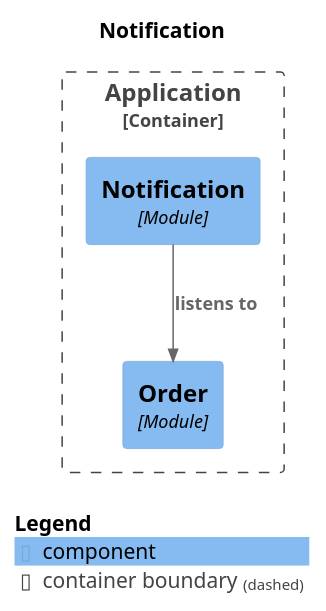
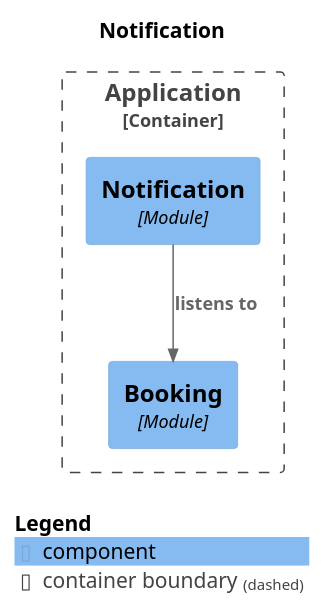
The diagram in documentation/module-notification.puml (Spring-Boot-Microservices-2024/project), drawn with PlantUML before and after one commit. The commit also changed 33 other files, not shown here.

```diff
--- a/documentation/module-notification.puml
+++ b/documentation/module-notification.puml
@@ -1,19 +1,19 @@
 @startuml
 set separator none
 title Notification
 
 top to bottom direction
 
 !include <C4/C4>
 !include <C4/C4_Context>
 !include <C4/C4_Component>
 
 Container_Boundary("Application.Application_boundary", "Application", $tags="") {
   Component(Application.Application.Notification, "Notification", $techn="Module", $descr="", $tags="", $link="")
-  Component(Application.Application.Order, "Order", $techn="Module", $descr="", $tags="", $link="")
+  Component(Application.Application.Booking, "Booking", $techn="Module", $descr="", $tags="", $link="")
 }
 
-Rel(Application.Application.Notification, Application.Application.Order, "listens to", $techn="", $tags="", $link="")
+Rel(Application.Application.Notification, Application.Application.Booking, "listens to", $techn="", $tags="", $link="")
 
 SHOW_LEGEND(true)
 @enduml
```
